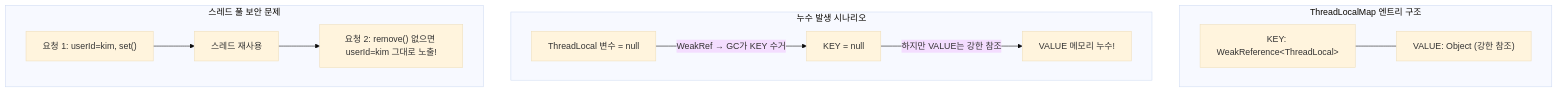
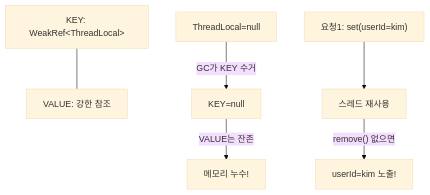
One commit to yjkim2015/yjkim2015.github.io changed diagram 17 of 17 in _posts/java/2026-05-01-java-thread.md. Above: the diagram before and after it, drawn with Mermaid (base theme). The commit also changed other lines of this file and 215 other files, not shown here.

First line of the commit message:
신규 포스트 10개 추가 + Mermaid 전면 축소 + SystemDesign 시리즈 보강

````diff
--- a/_posts/java/2026-05-01-java-thread.md
+++ b/_posts/java/2026-05-01-java-thread.md
@@ -1828,19 +1763,8 @@
 ```mermaid
 graph TD
-  subgraph "ThreadLocalMap 엔트리 구조"
-    KEY["KEY: WeakReference&lt;ThreadLocal&gt;"]
-    VAL["VALUE: Object (강한 참조)"]
-    KEY --- VAL
-  end
-  subgraph "누수 발생 시나리오"
-    TL["ThreadLocal 변수 = null"]
-    TL -->|"WeakRef → GC가 KEY 수거"| GC["KEY = null"]
-    GC -->|"하지만 VALUE는 강한 참조"| LEAK["VALUE 메모리 누수!"]
-  end
-  subgraph "스레드 풀 보안 문제"
-    REQ1["요청 1: userId=kim, set()"]
-    POOL["스레드 재사용"]
-    REQ2["요청 2: remove() 없으면 userId=kim 그대로 노출!"]
-    REQ1 --> POOL --> REQ2
-  end
+    KEY["KEY: WeakRef&lt;ThreadLocal&gt;"] --- VAL["VALUE: 강한 참조"]
+    TL["ThreadLocal=null"] -->|"GC가 KEY 수거"| GC["KEY=null"]
+    GC -->|"VALUE는 잔존"| LEAK["메모리 누수!"]
+    REQ1["요청1: set(userId=kim)"] --> POOL["스레드 재사용"]
+    POOL -->|"remove() 없으면"| LEAK2["userId=kim 노출!"]
 ```
````
